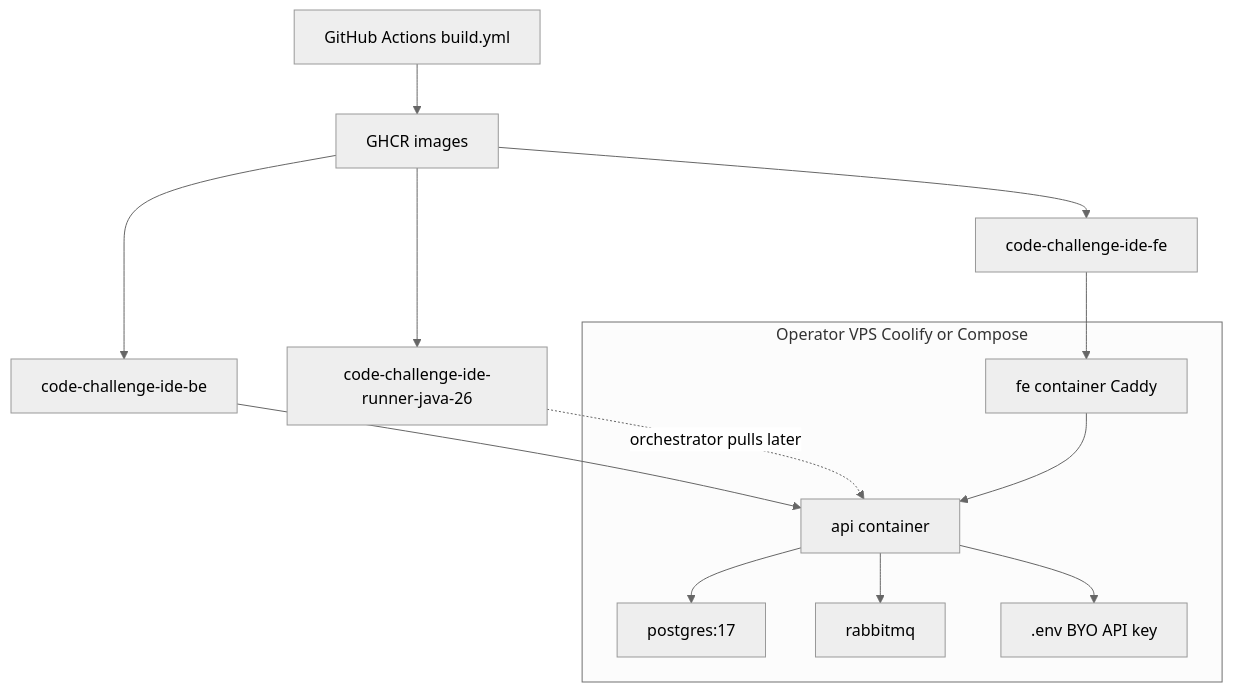
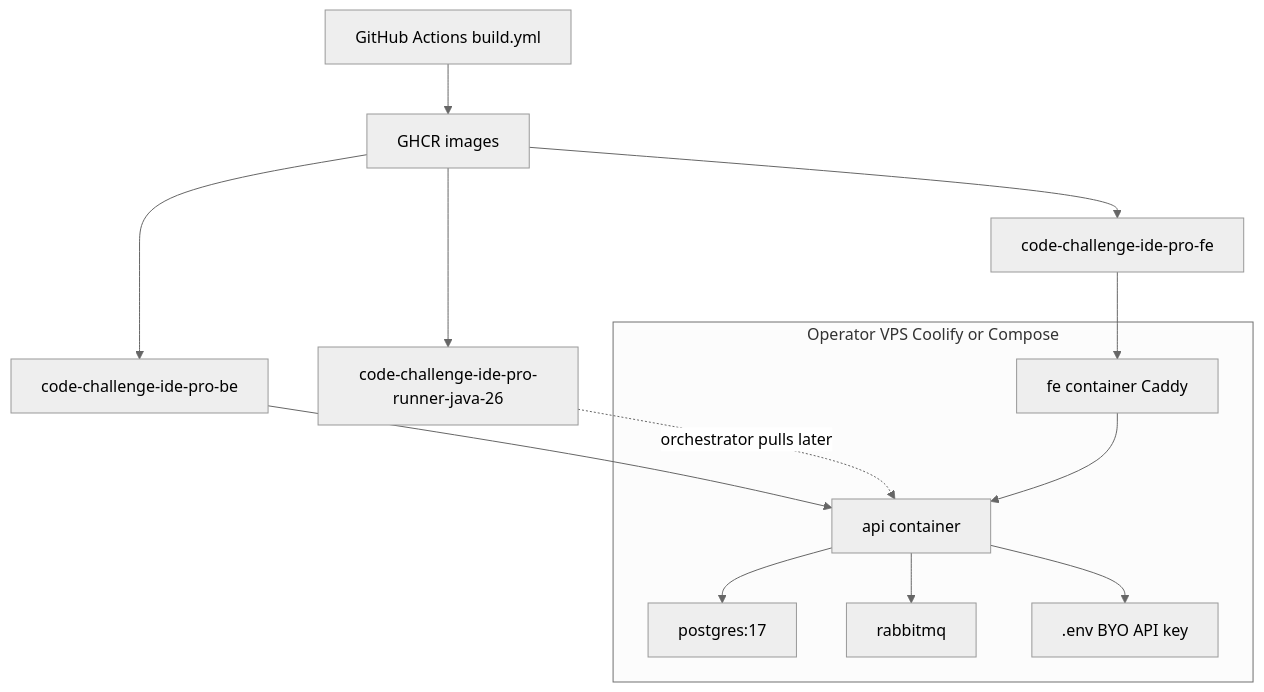
One commit to josalero/code-challenge-ide changed diagram 15 of 17 in docs/code_training_lab_mvp_specification.md. Above: the diagram before and after it, drawn with Mermaid (neutral theme). The commit also changed other lines of this file and 64 other files, not shown here.

Commit message:
Code challenge pro

````diff
--- a/docs/code_training_lab_mvp_specification.md
+++ b/docs/code_training_lab_mvp_specification.md
@@ -847,24 +847,24 @@
 ```mermaid
 flowchart TB
     GH["GitHub Actions build.yml"]
     GH --> GHCR["GHCR images"]
-    GHCR --> FE_IMG["code-challenge-ide-fe"]
-    GHCR --> API_IMG["code-challenge-ide-be"]
-    GHCR --> RUN_IMG["code-challenge-ide-runner-java-26"]
+    GHCR --> FE_IMG["code-challenge-ide-pro-fe"]
+    GHCR --> API_IMG["code-challenge-ide-pro-be"]
+    GHCR --> RUN_IMG["code-challenge-ide-pro-runner-java-26"]
 
     subgraph Host["Operator VPS Coolify or Compose"]
         FE["fe container Caddy"]
         API["api container"]
         PG["postgres:17"]
         RMQ["rabbitmq"]
         ENV[".env BYO API key"]
     end
 
     FE_IMG --> FE
     API_IMG --> API
     RUN_IMG -.->|orchestrator pulls later| API
     FE --> API
     API --> PG
     API --> RMQ
     API --> ENV
 ```
````
